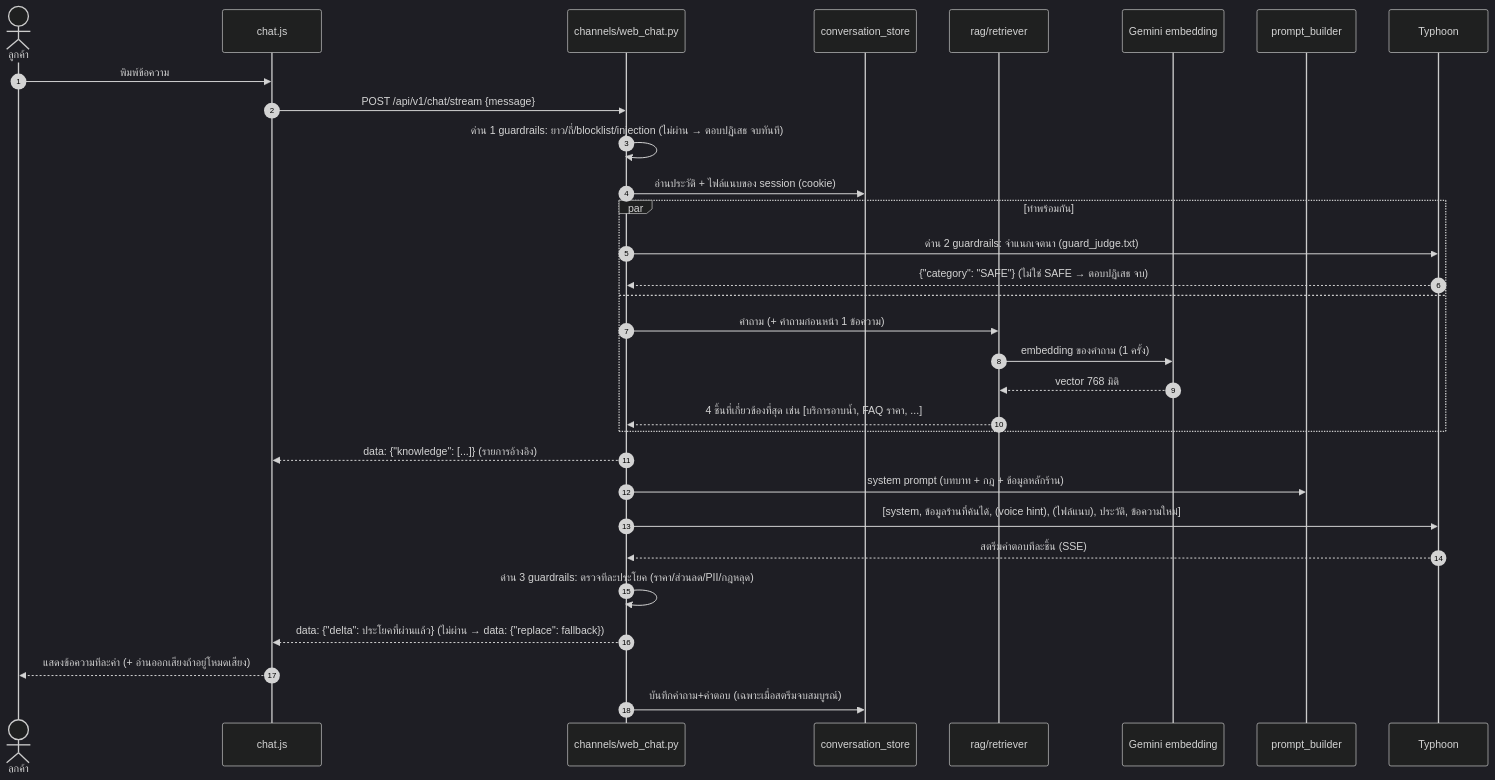
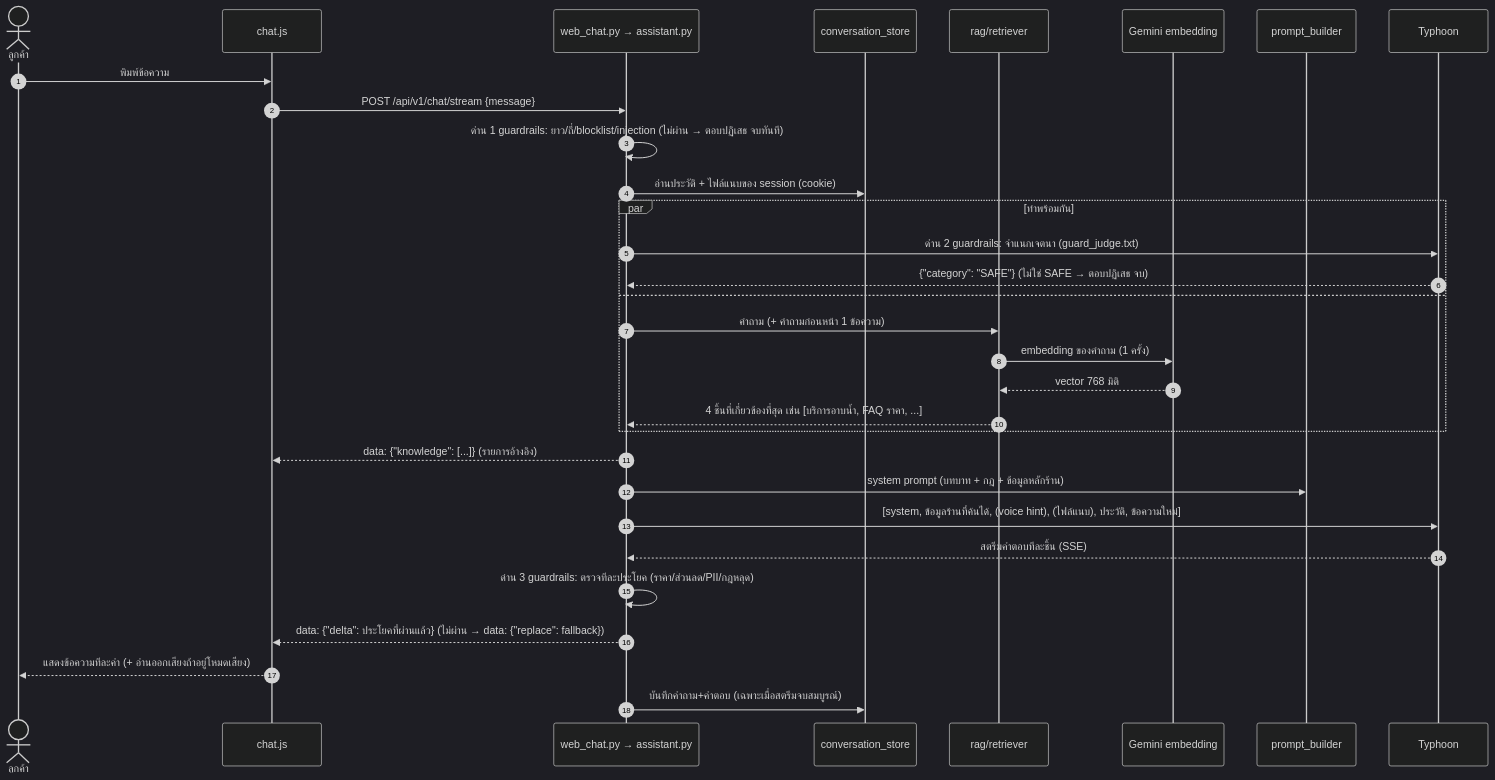
One commit to Myname30275/Project-chatbot changed the second of 3 diagrams in docs/system-architecture.md. Above: the diagram before and after it, drawn with Mermaid (dark theme). The commit also changed other lines of this file and 4 other files, not shown here.

````diff
--- a/docs/system-architecture.md
+++ b/docs/system-architecture.md
@@ -136,34 +136,34 @@
 ```mermaid
 sequenceDiagram
     autonumber
     actor C as ลูกค้า
     participant UI as chat.js
-    participant API as channels/web_chat.py
+    participant API as web_chat.py → assistant.py
     participant ST as conversation_store
     participant RAG as rag/retriever
     participant GM as Gemini embedding
     participant PB as prompt_builder
     participant LLM as Typhoon
 
     C->>UI: พิมพ์ข้อความ
     UI->>API: POST /api/v1/chat/stream {message}
     API->>API: ด่าน 1 guardrails: ยาว/ถี่/blocklist/injection (ไม่ผ่าน → ตอบปฏิเสธ จบทันที)
     API->>ST: อ่านประวัติ + ไฟล์แนบของ session (cookie)
     par ทำพร้อมกัน
         API->>LLM: ด่าน 2 guardrails: จำแนกเจตนา (guard_judge.txt)
         LLM-->>API: {"category": "SAFE"} (ไม่ใช่ SAFE → ตอบปฏิเสธ จบ)
     and
         API->>RAG: คำถาม (+ คำถามก่อนหน้า 1 ข้อความ)
         RAG->>GM: embedding ของคำถาม (1 ครั้ง)
         GM-->>RAG: vector 768 มิติ
         RAG-->>API: 4 ชิ้นที่เกี่ยวข้องที่สุด เช่น [บริการอาบน้ำ, FAQ ราคา, ...]
     end
     API-->>UI: data: {"knowledge": [...]} (รายการอ้างอิง)
     API->>PB: system prompt (บทบาท + กฎ + ข้อมูลหลักร้าน)
     API->>LLM: [system, ข้อมูลร้านที่ค้นได้, (voice hint), (ไฟล์แนบ), ประวัติ, ข้อความใหม่]
     LLM-->>API: สตรีมคำตอบทีละชิ้น (SSE)
     API->>API: ด่าน 3 guardrails: ตรวจทีละประโยค (ราคา/ส่วนลด/PII/กฎหลุด)
     API-->>UI: data: {"delta": ประโยคที่ผ่านแล้ว} (ไม่ผ่าน → data: {"replace": fallback})
     UI-->>C: แสดงข้อความทีละคำ (+ อ่านออกเสียงถ้าอยู่โหมดเสียง)
     API->>ST: บันทึกคำถาม+คำตอบ (เฉพาะเมื่อสตรีมจบสมบูรณ์)
 ```
````
